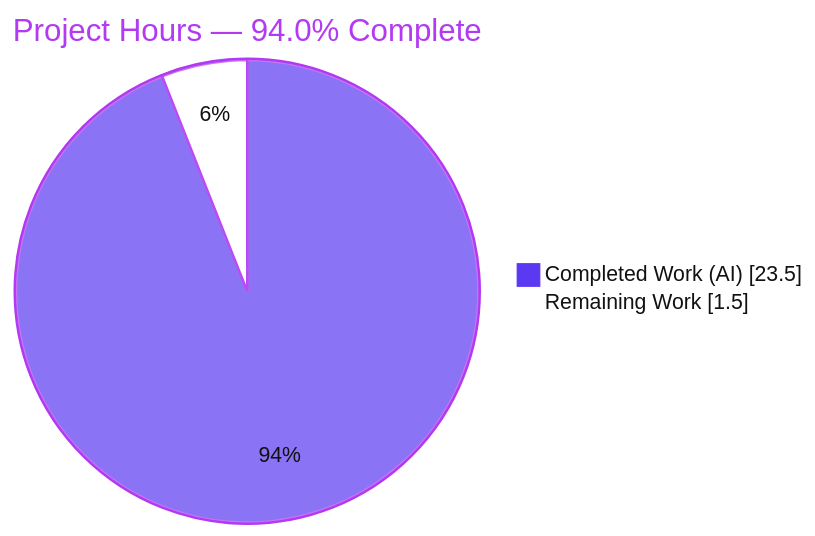
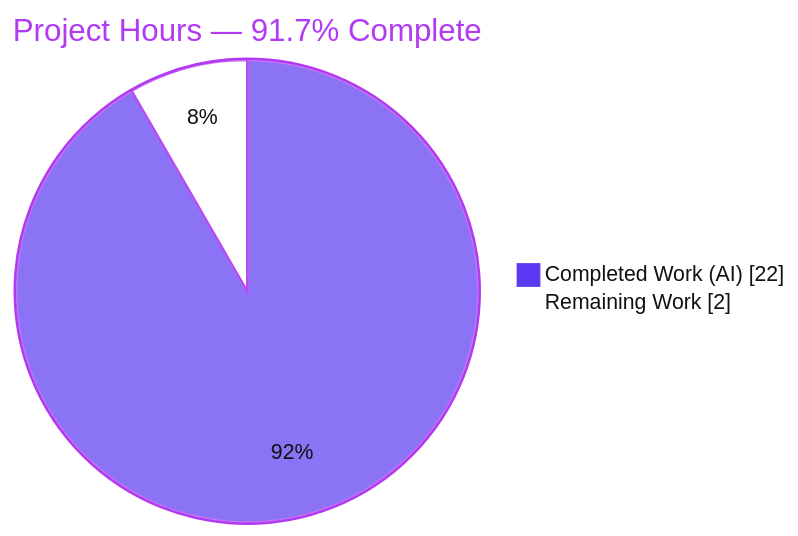
The first of 3 diagrams in blitzy/documentation/Project Guide.md (lakshya-blitzy/march_repo_hello_world), drawn with Mermaid before and after one commit. The commit also changed other lines of this file, not shown here.

Commit message:
Adding Blitzy Project Guide: Project Status and Human Tasks Remaining

````diff
--- a/blitzy/documentation/Project Guide.md
+++ b/blitzy/documentation/Project Guide.md
@@ -16,6 +18,6 @@
 ```mermaid
 %%{init: {'theme':'base','themeVariables':{'pie1':'#5B39F3','pie2':'#FFFFFF','pieStrokeColor':'#B23AF2','pieStrokeWidth':'2px','pieOuterStrokeColor':'#B23AF2','pieOuterStrokeWidth':'2px','pieTitleTextColor':'#B23AF2','pieSectionTextColor':'#111111','pieLegendTextColor':'#111111'}}}%%
-pie showData title Project Hours — 94.0% Complete
-    "Completed Work (AI)" : 23.5
-    "Remaining Work" : 1.5
+pie showData title Project Hours — 91.7% Complete
+    "Completed Work (AI)" : 22
+    "Remaining Work" : 2
 ```
````
